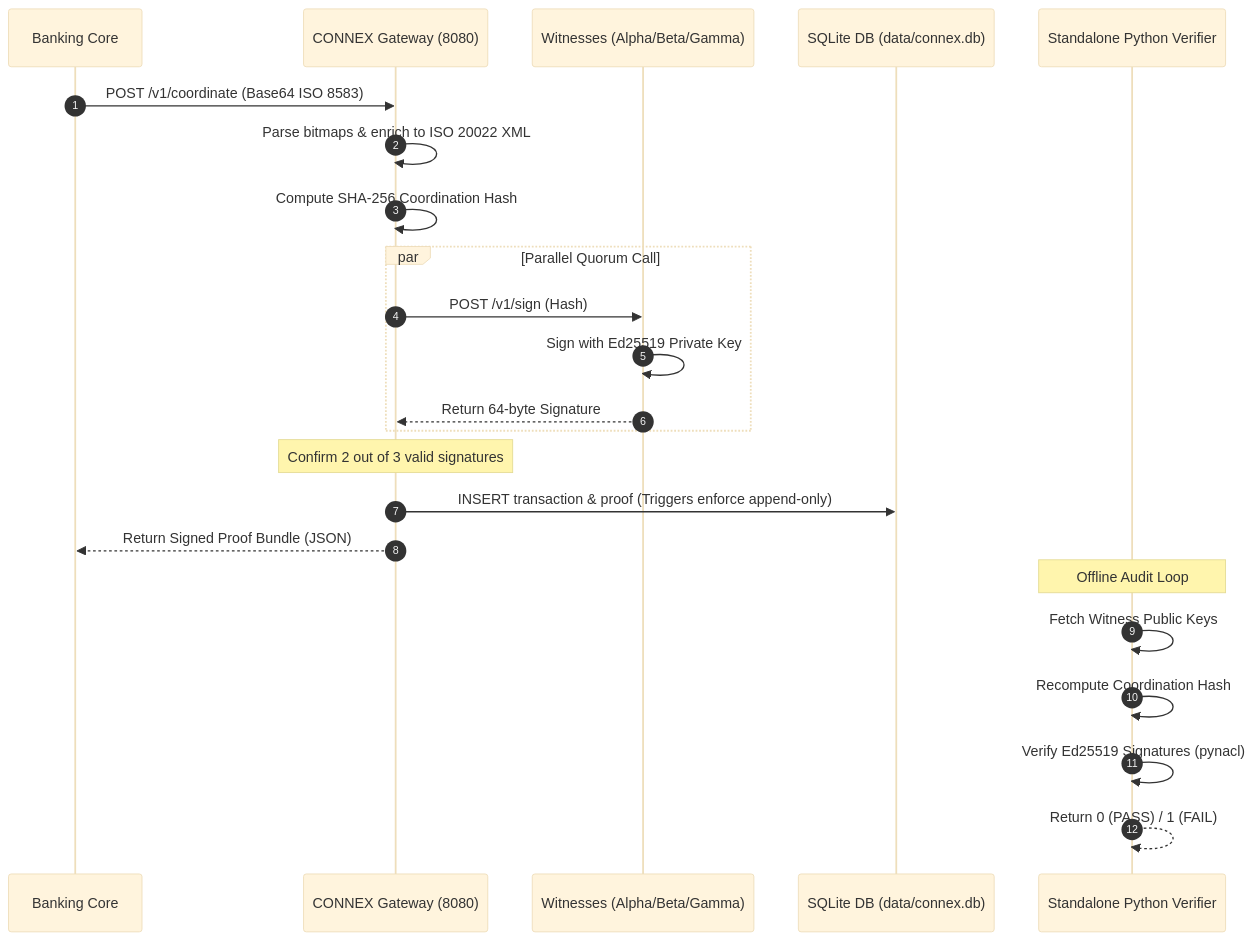
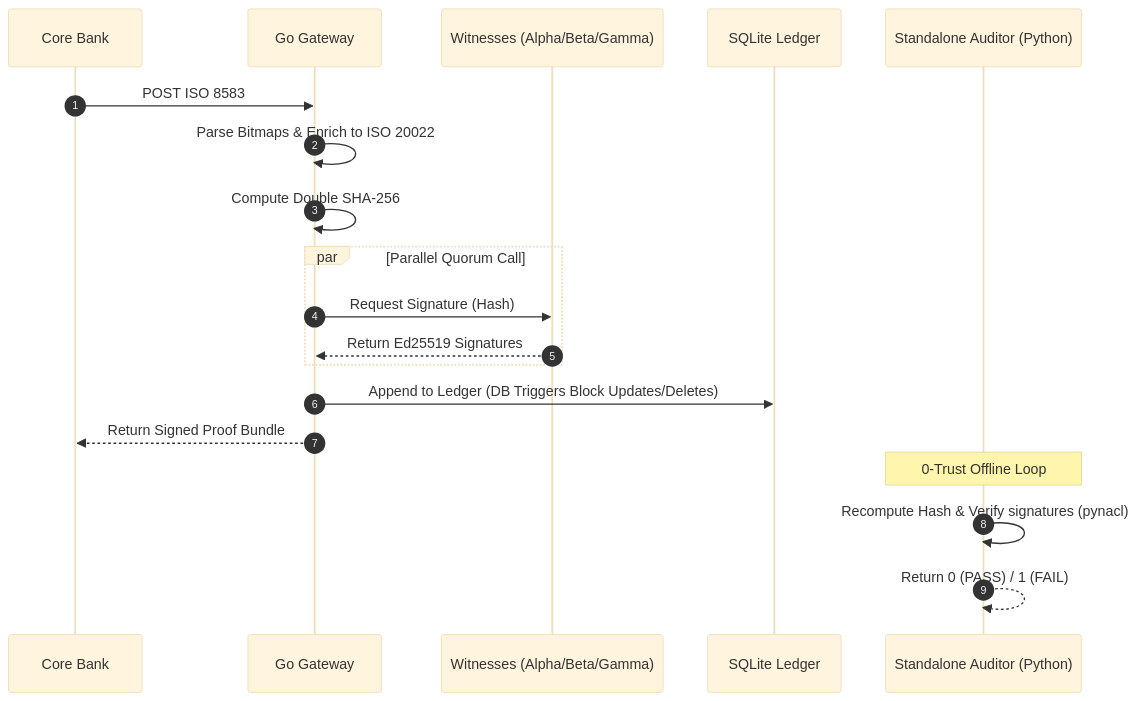
One commit to Royfinnest254/Royfinnest254 changed the second of 2 diagrams in README.md. Above: the diagram before and after it, drawn with Mermaid (base theme). The commit also changed other lines of this file, not shown here.

````diff
--- a/README.md
+++ b/README.md
@@ -61,27 +42,23 @@
 ```mermaid
 sequenceDiagram
     autonumber
-    participant Bank as Banking Core
-    participant GW as CONNEX Gateway (8080)
+    participant Bank as Core Bank
+    participant GW as Go Gateway
     participant WT as Witnesses (Alpha/Beta/Gamma)
-    participant DB as SQLite DB (data/connex.db)
-    participant Aud as Standalone Python Verifier
+    participant DB as SQLite Ledger
+    participant Aud as Standalone Auditor (Python)
 
-    Bank->>GW: POST /v1/coordinate (Base64 ISO 8583)
-    GW->>GW: Parse bitmaps & enrich to ISO 20022 XML
-    GW->>GW: Compute SHA-256 Coordination Hash
+    Bank->>GW: POST ISO 8583
+    GW->>GW: Parse Bitmaps & Enrich to ISO 20022
+    GW->>GW: Compute Double SHA-256
     par Parallel Quorum Call
-        GW->>WT: POST /v1/sign (Hash)
-        WT->>WT: Sign with Ed25519 Private Key
-        WT-->>GW: Return 64-byte Signature
+        GW->>WT: Request Signature (Hash)
+        WT-->>GW: Return Ed25519 Signatures
     end
-    Note over GW: Confirm 2 out of 3 valid signatures
-    GW->>DB: INSERT transaction & proof (Triggers enforce append-only)
-    GW-->>Bank: Return Signed Proof Bundle (JSON)
+    GW->>DB: Append to Ledger (DB Triggers Block Updates/Deletes)
+    GW-->>Bank: Return Signed Proof Bundle
     
-    Note over Aud: Offline Audit Loop
-    Aud->>Aud: Fetch Witness Public Keys
-    Aud->>Aud: Recompute Coordination Hash
-    Aud->>Aud: Verify Ed25519 Signatures (pynacl)
+    Note over Aud: 0-Trust Offline Loop
+    Aud->>Aud: Recompute Hash & Verify signatures (pynacl)
     Aud-->>Aud: Return 0 (PASS) / 1 (FAIL)
 ```
````
